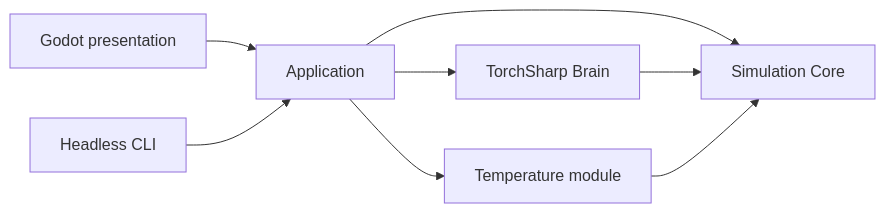
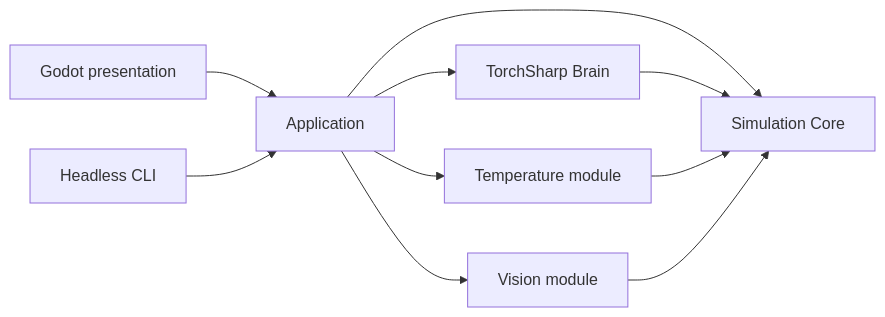
The diagram in README.md (illya228666/live), drawn with Mermaid before and after one commit. The commit also changed other lines of this file and 20 other files, not shown here.

````diff
--- a/README.md
+++ b/README.md
@@ -149,10 +150,12 @@
 ```mermaid
 flowchart LR
     Godot[Godot presentation] --> Application
     CLI[Headless CLI] --> Application
     Application --> Core[Simulation Core]
     Application --> Brain[TorchSharp Brain]
     Application --> Temperature[Temperature module]
+    Application --> Vision[Vision module]
     Brain --> Core
     Temperature --> Core
+    Vision --> Core
 ```
````
